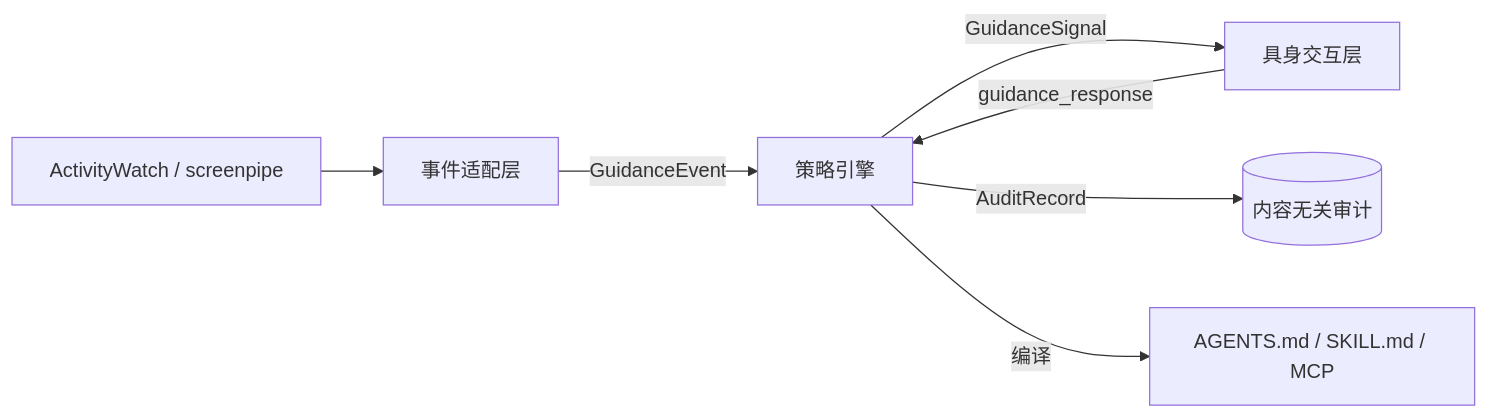
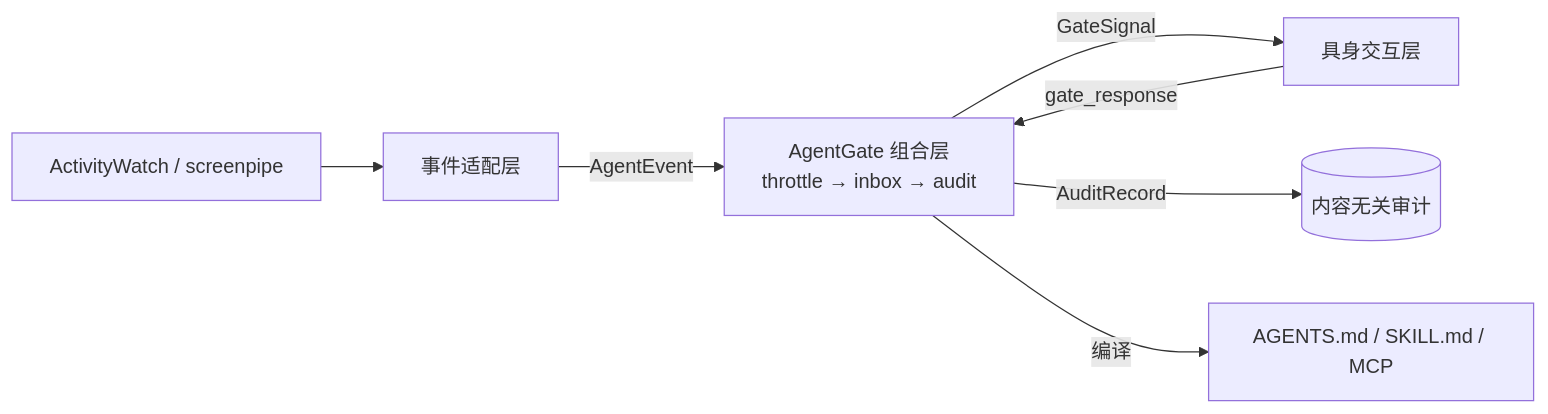
One commit to hackmagic/AgentGate changed the diagram in README.md. Above: the diagram before and after it, drawn with Mermaid. The commit also changed other lines of this file and 72 other files, not shown here.

````diff
--- a/README.md
+++ b/README.md
@@ -7,9 +9,9 @@
 ```mermaid
 flowchart LR
   AW[ActivityWatch / screenpipe] --> ADAPT[事件适配层]
-  ADAPT -->|GuidanceEvent| ENGINE[策略引擎]
-  ENGINE -->|GuidanceSignal| PET[具身交互层]
-  ENGINE -->|AuditRecord| AUDIT[(内容无关审计)]
-  PET -->|guidance_response| ENGINE
-  ENGINE -->|编译| OUT[AGENTS.md / SKILL.md / MCP]
+  ADAPT -->|AgentEvent| GATE[AgentGate 组合层<br/>throttle → inbox → audit]
+  GATE -->|GateSignal| PET[具身交互层]
+  GATE -->|AuditRecord| AUDIT[(内容无关审计)]
+  PET -->|gate_response| GATE
+  GATE -->|编译| OUT[AGENTS.md / SKILL.md / MCP]
 ```
````
